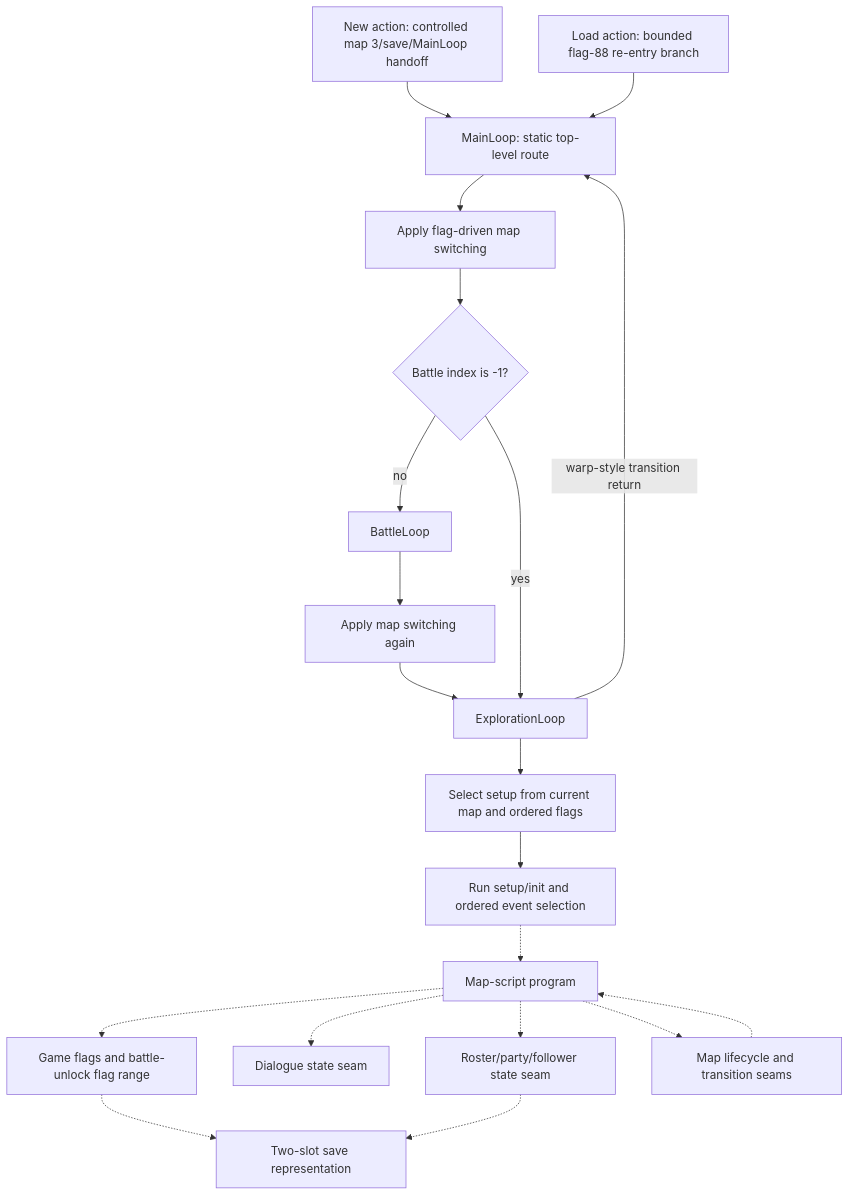
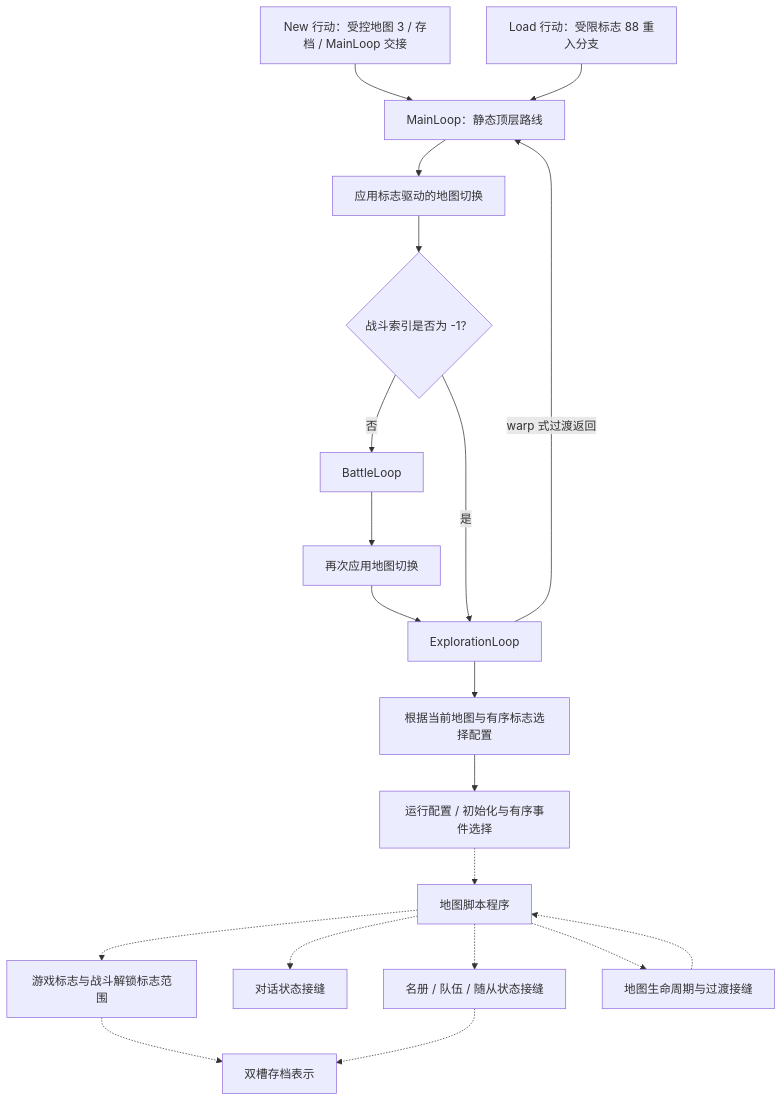
One commit to FrankHZ/md-sf2-reverse-engineering changed the diagram in docs/design/zh-CN/story-progression.md. Above: the diagram before and after it, drawn with Mermaid. The commit also changed 15 other files, not shown here.

````diff
--- a/docs/design/zh-CN/story-progression.md
+++ b/docs/design/zh-CN/story-progression.md
@@ -56,22 +56,22 @@
 ```mermaid
 flowchart TD
-    New["New action: controlled map 3/save/MainLoop handoff"] --> Main["MainLoop: static top-level route"]
-    Load["Load action: bounded flag-88 re-entry branch"] --> Main
-    Main --> Switch["Apply flag-driven map switching"]
-    Switch --> BattleGate{"Battle index is -1?"}
-    BattleGate -->|"no"| Battle["BattleLoop"]
-    Battle --> PostBattle["Apply map switching again"]
+    New["New 行动：受控地图 3 / 存档 / MainLoop 交接"] --> Main["MainLoop：静态顶层路线"]
+    Load["Load 行动：受限标志 88 重入分支"] --> Main
+    Main --> Switch["应用标志驱动的地图切换"]
+    Switch --> BattleGate{"战斗索引是否为 -1？"}
+    BattleGate -->|"否"| Battle["BattleLoop"]
+    Battle --> PostBattle["再次应用地图切换"]
     PostBattle --> Explore["ExplorationLoop"]
-    BattleGate -->|"yes"| Explore
-    Explore --> Setup["Select setup from current map and ordered flags"]
-    Setup --> Event["Run setup/init and ordered event selection"]
-    Event -.-> Script["Map-script program"]
-    Script -.-> Flags["Game flags and battle-unlock flag range"]
-    Script -.-> Dialogue["Dialogue state seam"]
-    Script -.-> Roster["Roster/party/follower state seam"]
-    Script -.-> Lifecycle["Map lifecycle and transition seams"]
+    BattleGate -->|"是"| Explore
+    Explore --> Setup["根据当前地图与有序标志选择配置"]
+    Setup --> Event["运行配置 / 初始化与有序事件选择"]
+    Event -.-> Script["地图脚本程序"]
+    Script -.-> Flags["游戏标志与战斗解锁标志范围"]
+    Script -.-> Dialogue["对话状态接缝"]
+    Script -.-> Roster["名册 / 队伍 / 随从状态接缝"]
+    Script -.-> Lifecycle["地图生命周期与过渡接缝"]
     Lifecycle -.-> Script
-    Explore -->|"warp-style transition return"| Main
-    Flags -.-> Save["Two-slot save representation"]
+    Explore -->|"warp 式过渡返回"| Main
+    Flags -.-> Save["双槽存档表示"]
     Roster -.-> Save
 ```
````
